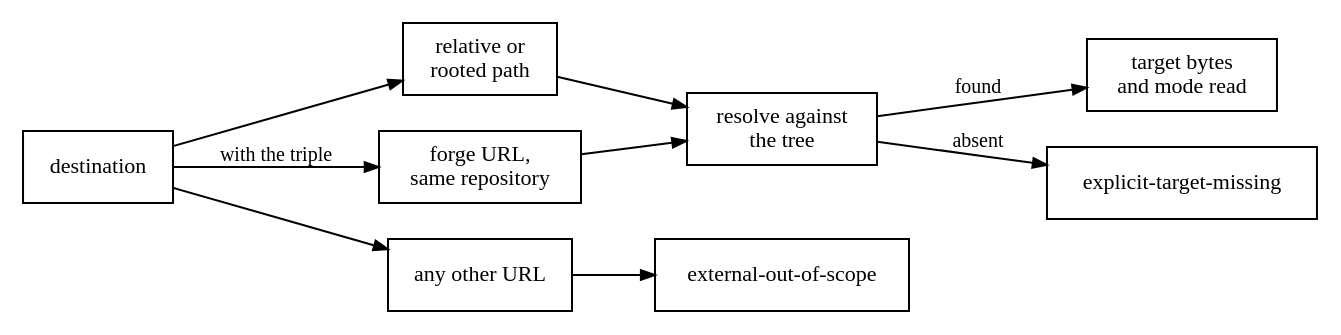
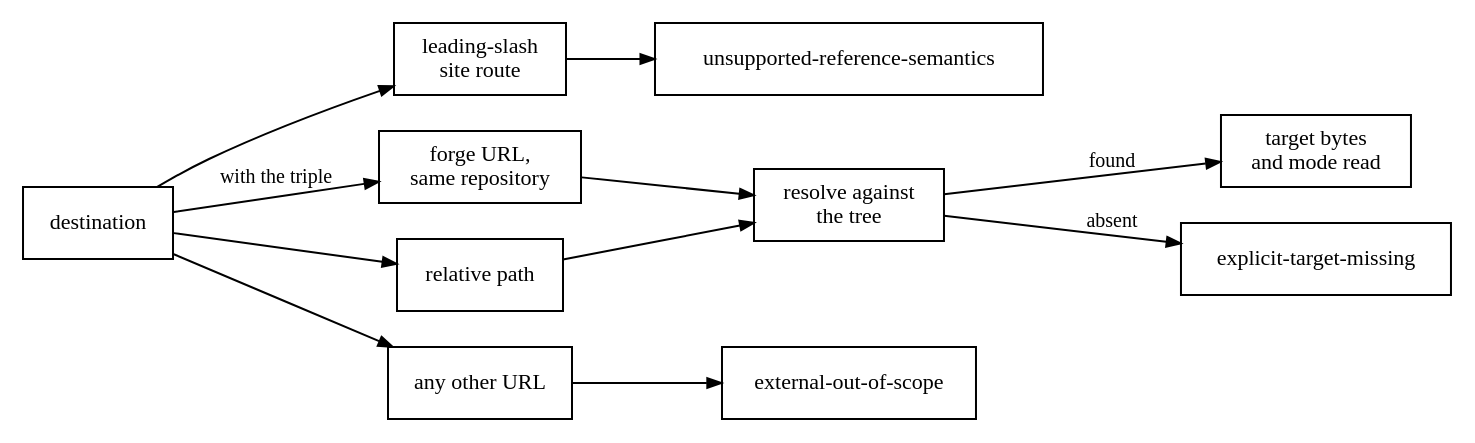
The diagram in docs/src/resolution.md (HardMax71/amiss), drawn with Graphviz before and after one commit. The commit also changed other lines of this file and 27 other files, not shown here.

Commit message:
docs: align roadmap and release checks

````diff
--- a/docs/src/resolution.md
+++ b/docs/src/resolution.md
@@ -50,22 +51,24 @@
 ```dot process
 digraph resolve {
   rankdir = LR;
   node [shape = box, fontname = "Latin Modern, Georgia, serif", fontsize = 11];
   edge [fontname = "Latin Modern, Georgia, serif", fontsize = 10, arrowsize = 0.7];
   dest  [label = "destination"];
-  rel   [label = "relative or
-rooted path"];
+  rel   [label = "relative path"];
+  route [label = "leading-slash
+site route"];
   gh    [label = "forge URL,
 same repository"];
   other [label = "any other URL"];
   tree  [label = "resolve against
 the tree"];
   ext   [label = "external-out-of-scope"];
+  unsup [label = "unsupported-reference-semantics"];
   hit   [label = "target bytes
 and mode read"];
   miss  [label = "explicit-target-missing"];
-  dest -> rel; dest -> gh [label = "with the triple"]; dest -> other;
-  rel -> tree; gh -> tree; other -> ext;
+  dest -> rel; dest -> gh [label = "with the triple"]; dest -> route; dest -> other;
+  rel -> tree; gh -> tree; route -> unsup; other -> ext;
   tree -> hit [label = "found"]; tree -> miss [label = "absent"];
 }
 ```
````
